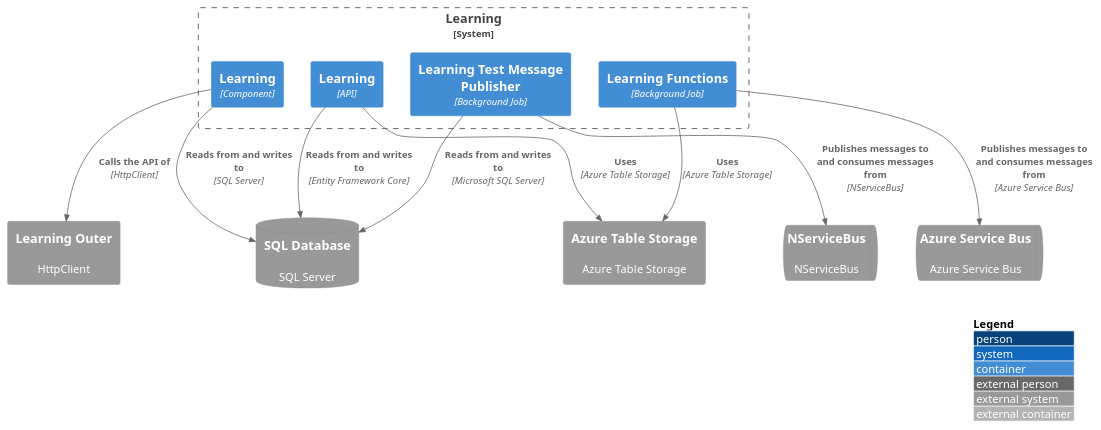
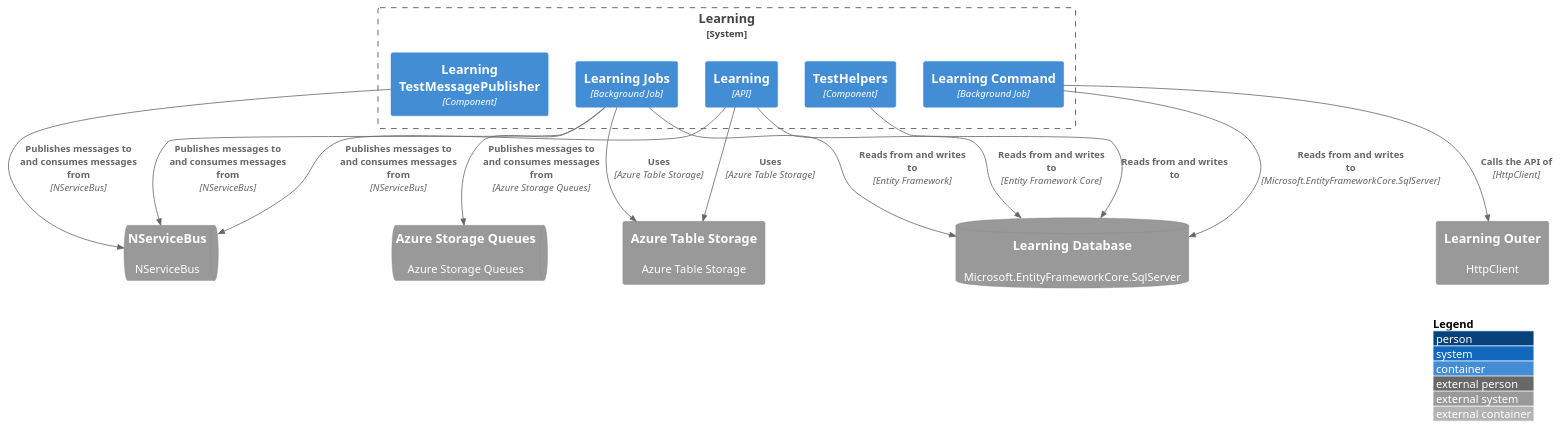
The diagram in das-learning/service-dependencies/service-dependencies.puml (talentconsulting/service-catalogue-data), drawn with PlantUML before and after one commit. The commit also changed 46 other files, not shown here.

```diff
--- a/das-learning/service-dependencies/service-dependencies.puml
+++ b/das-learning/service-dependencies/service-dependencies.puml
@@ -1,27 +1,31 @@
 @startuml
 !include https://raw.githubusercontent.com/plantuml-stdlib/C4-PlantUML/master/C4_Container.puml
 LAYOUT_WITH_LEGEND()
 
 System_Boundary(sys_SkillsFundingAgency_das_learning, "Learning") {
-  Container(c_learning, "Learning", "Component")
-  Container(c_learning_functions, "Learning Functions", "Background Job")
-  Container(c_learning_innerapi, "Learning", "API")
-  Container(c_learning_test_message_publisher, "Learning Test Message Publisher", "Background Job")
+  Container(c_learning, "Learning", "API")
+  Container(c_learning_command, "Learning Command", "Background Job")
+  Container(c_learning_jobs, "Learning Jobs", "Background Job")
+  Container(c_learning_testmessagepublisher, "Learning TestMessagePublisher", "Component")
+  Container(c_testhelpers, "TestHelpers", "Component")
 }
 
 System_Ext(d_cloud_service_azure_table_storage, "Azure Table Storage", "Azure Table Storage")
-SystemDb_Ext(d_database_sql_database, "SQL Database", "SQL Server")
+SystemDb_Ext(d_database_learning_database, "Learning Database", "Microsoft.EntityFrameworkCore.SqlServer")
 System_Ext(d_http_api_learning_outer, "Learning Outer", "HttpClient")
-SystemQueue_Ext(d_message_broker_azure_service_bus, "Azure Service Bus", "Azure Service Bus")
+SystemQueue_Ext(d_message_broker_azure_storage_queues, "Azure Storage Queues", "Azure Storage Queues")
 SystemQueue_Ext(d_message_broker_nservicebus, "NServiceBus", "NServiceBus")
 
-Rel(c_learning_functions, d_cloud_service_azure_table_storage, "Uses", "Azure Table Storage")
-Rel(c_learning_innerapi, d_cloud_service_azure_table_storage, "Uses", "Azure Table Storage")
-Rel(c_learning, d_database_sql_database, "Reads from and writes to", "SQL Server")
-Rel(c_learning_test_message_publisher, d_database_sql_database, "Reads from and writes to", "Microsoft SQL Server")
-Rel(c_learning_innerapi, d_database_sql_database, "Reads from and writes to", "Entity Framework Core")
-Rel(c_learning, d_http_api_learning_outer, "Calls the API of", "HttpClient")
-Rel(c_learning_functions, d_message_broker_azure_service_bus, "Publishes messages to and consumes messages from", "Azure Service Bus")
-Rel(c_learning_test_message_publisher, d_message_broker_nservicebus, "Publishes messages to and consumes messages from", "NServiceBus")
+Rel(c_learning, d_cloud_service_azure_table_storage, "Uses", "Azure Table Storage")
+Rel(c_learning_jobs, d_cloud_service_azure_table_storage, "Uses", "Azure Table Storage")
+Rel(c_learning_command, d_database_learning_database, "Reads from and writes to", "Microsoft.EntityFrameworkCore.SqlServer")
+Rel(c_learning, d_database_learning_database, "Reads from and writes to", "Entity Framework Core")
+Rel(c_testhelpers, d_database_learning_database, "Reads from and writes to")
+Rel(c_learning_jobs, d_database_learning_database, "Reads from and writes to", "Entity Framework")
+Rel(c_learning_command, d_http_api_learning_outer, "Calls the API of", "HttpClient")
+Rel(c_learning_jobs, d_message_broker_azure_storage_queues, "Publishes messages to and consumes messages from", "Azure Storage Queues")
+Rel(c_learning_testmessagepublisher, d_message_broker_nservicebus, "Publishes messages to and consumes messages from", "NServiceBus")
+Rel(c_learning, d_message_broker_nservicebus, "Publishes messages to and consumes messages from", "NServiceBus")
+Rel(c_learning_jobs, d_message_broker_nservicebus, "Publishes messages to and consumes messages from", "NServiceBus")
 
 @enduml
```
